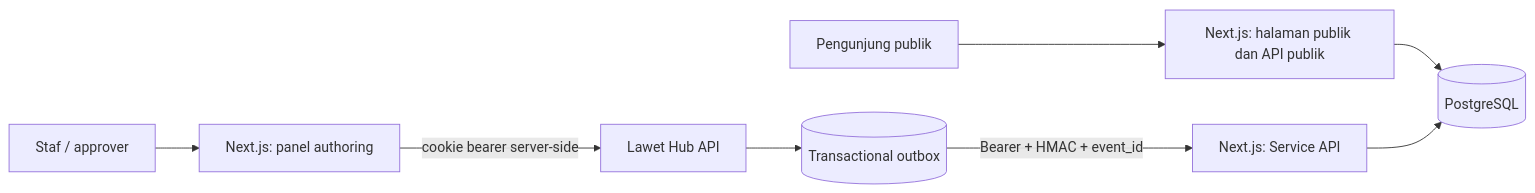
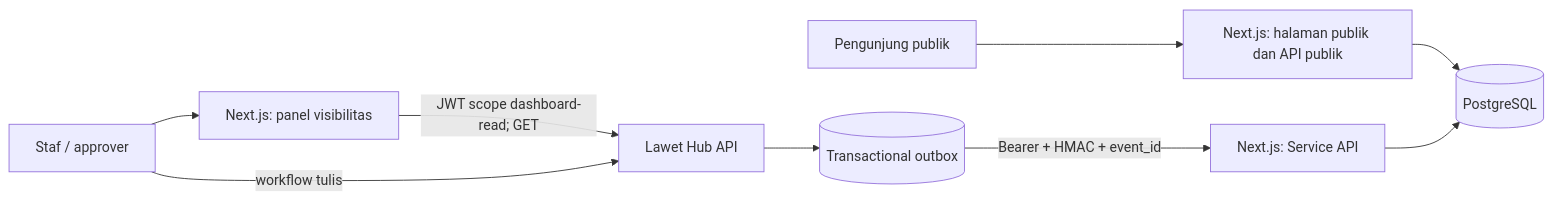
The diagram in docs/architecture/ARCHITECTURE.md (MohammadNasrullohh/etalase), drawn with Mermaid before and after one commit. The commit also changed other lines of this file and 17 other files, not shown here.

Commit message:
fix: enforce read-only dashboard boundary

````diff
--- a/docs/architecture/ARCHITECTURE.md
+++ b/docs/architecture/ARCHITECTURE.md
@@ -5,10 +5,11 @@
 ```mermaid
 flowchart LR
     Public[Pengunjung publik] --> Web[Next.js: halaman publik dan API publik]
-    Staff[Staf / approver] --> Panel[Next.js: panel authoring]
-    Panel -->|cookie bearer server-side| Lawet[Lawet Hub API]
+    Staff[Staf / approver] --> Panel[Next.js: panel visibilitas]
+    Panel -->|JWT scope dashboard-read; GET| Lawet[Lawet Hub API]
+    Staff -->|workflow tulis| Lawet
     Lawet --> Outbox[(Transactional outbox)]
     Outbox -->|Bearer + HMAC + event_id| Service[Next.js: Service API]
     Web --> DB[(PostgreSQL)]
     Service --> DB
 ```
````
